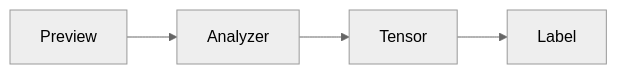
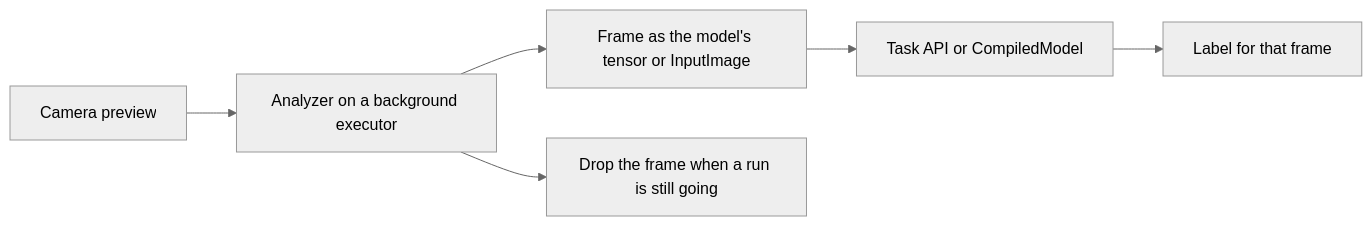
One commit to mohamedmabrouk582/Android-Ai-Lab changed the diagram in lab-camerax/README.md. Above: the diagram before and after it, drawn with Mermaid (neutral theme). The commit also changed other lines of this file and 41 other files, not shown here.

````diff
--- a/lab-camerax/README.md
+++ b/lab-camerax/README.md
@@ -13,4 +27,8 @@
 ```mermaid
 flowchart LR
-  n0["Preview"] --> n1["Analyzer"] --> n2["Tensor"] --> n3["Label"]
+  preview["Camera preview"] --> analyzer["Analyzer on a background executor"]
+  analyzer --> tensor["Frame as the model's tensor or InputImage"]
+  tensor --> run["Task API or CompiledModel"]
+  run --> label["Label for that frame"]
+  analyzer --> drop["Drop the frame when a run is still going"]
 ```
````
